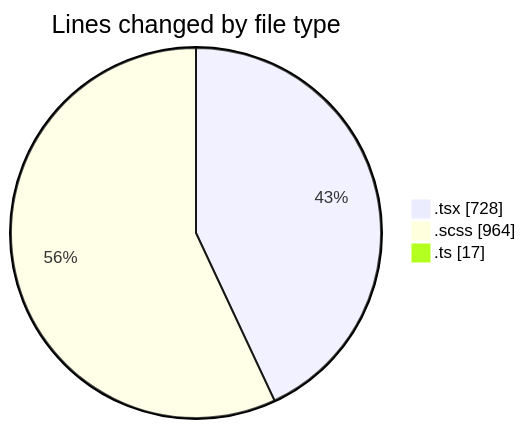
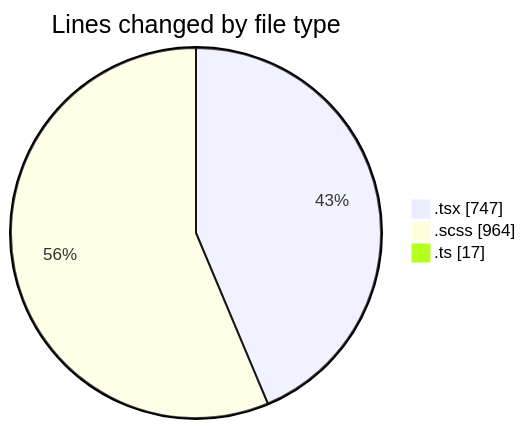
Before and after one commit to momahboobian/code-tracking: the first of 2 diagrams in 2025-09-19/cda/README.md, drawn with Mermaid. The commit also changed other lines of this file and 1 other file, not shown here.

````diff
--- a/2025-09-19/cda/README.md
+++ b/2025-09-19/cda/README.md
@@ -24,7 +24,7 @@
 ```mermaid
 pie showData
 title Lines changed by file type
-".tsx" : 728
+".tsx" : 747
 ".scss" : 964
 ".ts" : 17
 ```
````
